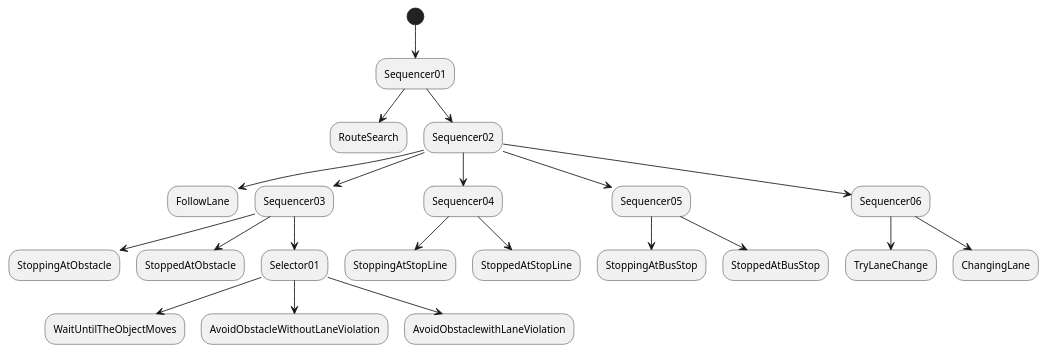
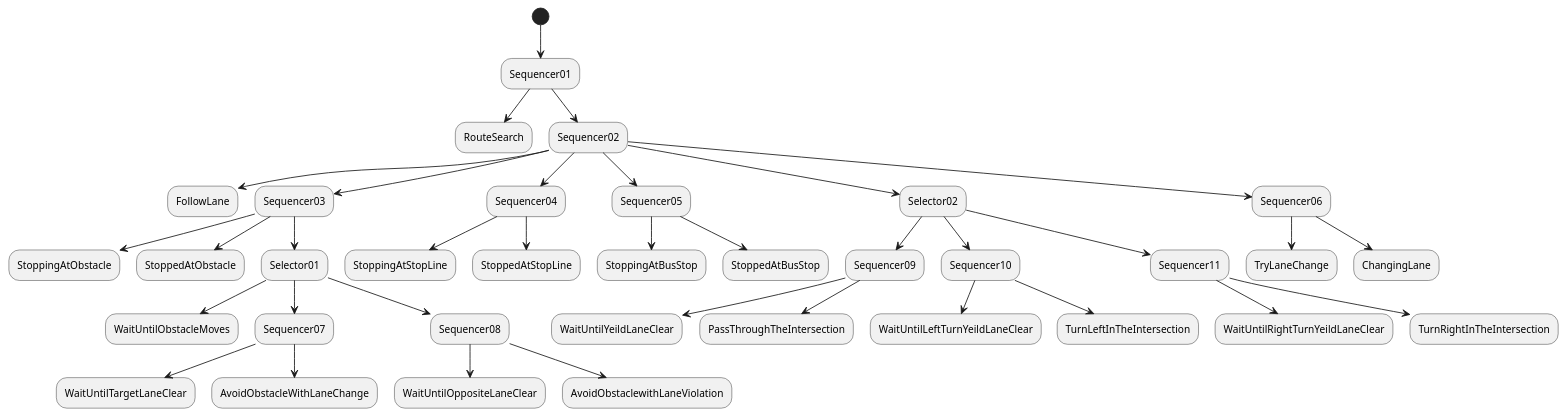
The diagram in example_bus_npc_behavior.pu (tier4/lgsvl_doc), drawn with PlantUML before and after one commit. The commit also changed 3 other files, not shown here.

```diff
--- a/example_bus_npc_behavior.pu
+++ b/example_bus_npc_behavior.pu
@@ -1,30 +1,50 @@
 @startuml
 (*) -down-> "Sequencer01"
 
 "Sequencer01" -down-> "RouteSearch"
 "Sequencer01" -down-> "Sequencer02"
 
 "Sequencer02" -down-> "FollowLane"
 "Sequencer02" -down-> "Sequencer03"
 "Sequencer02" -down-> "Sequencer04"
 "Sequencer02" -down-> "Sequencer05"
+"Sequencer02" -down-> "Selector02"
 "Sequencer02" -down-> "Sequencer06"
 
 "Sequencer03" -down-> "StoppingAtObstacle"
 "Sequencer03" -down-> "StoppedAtObstacle"
 "Sequencer03" -down-> "Selector01"
 
-"Selector01" -down-> "WaitUntilTheObjectMoves"
-"Selector01" -down-> "AvoidObstacleWithoutLaneViolation"
-"Selector01" -down-> "AvoidObstaclewithLaneViolation"
+"Selector01" -down-> "WaitUntilObstacleMoves"
+"Selector01" -down-> "Sequencer07"
+"Selector01" -down-> "Sequencer08"
 
 "Sequencer04" -down-> "StoppingAtStopLine"
 "Sequencer04" -down-> "StoppedAtStopLine"
 
 "Sequencer05" -down-> "StoppingAtBusStop"
 "Sequencer05" -down-> "StoppedAtBusStop"
 
+"Selector02" -down-> "Sequencer09"
+"Selector02" -down-> "Sequencer10"
+"Selector02" -down-> "Sequencer11"
+
 "Sequencer06" -down-> "TryLaneChange"
 "Sequencer06" -down-> "ChangingLane"
 
+"Sequencer07" -down-> "WaitUntilTargetLaneClear"
+"Sequencer07" -down-> "AvoidObstacleWithLaneChange"
+
+"Sequencer08" -down-> "WaitUntilOppositeLaneClear"
+"Sequencer08" -down-> "AvoidObstaclewithLaneViolation"
+
+"Sequencer09" -down-> "WaitUntilYeildLaneClear"
+"Sequencer09" -down-> "PassThroughTheIntersection"
+
+"Sequencer10" -down-> "WaitUntilLeftTurnYeildLaneClear"
+"Sequencer10" -down-> "TurnLeftInTheIntersection"
+
+"Sequencer11" -down-> "WaitUntilRightTurnYeildLaneClear"
+"Sequencer11" -down-> "TurnRightInTheIntersection"
+
 @enduml
```
